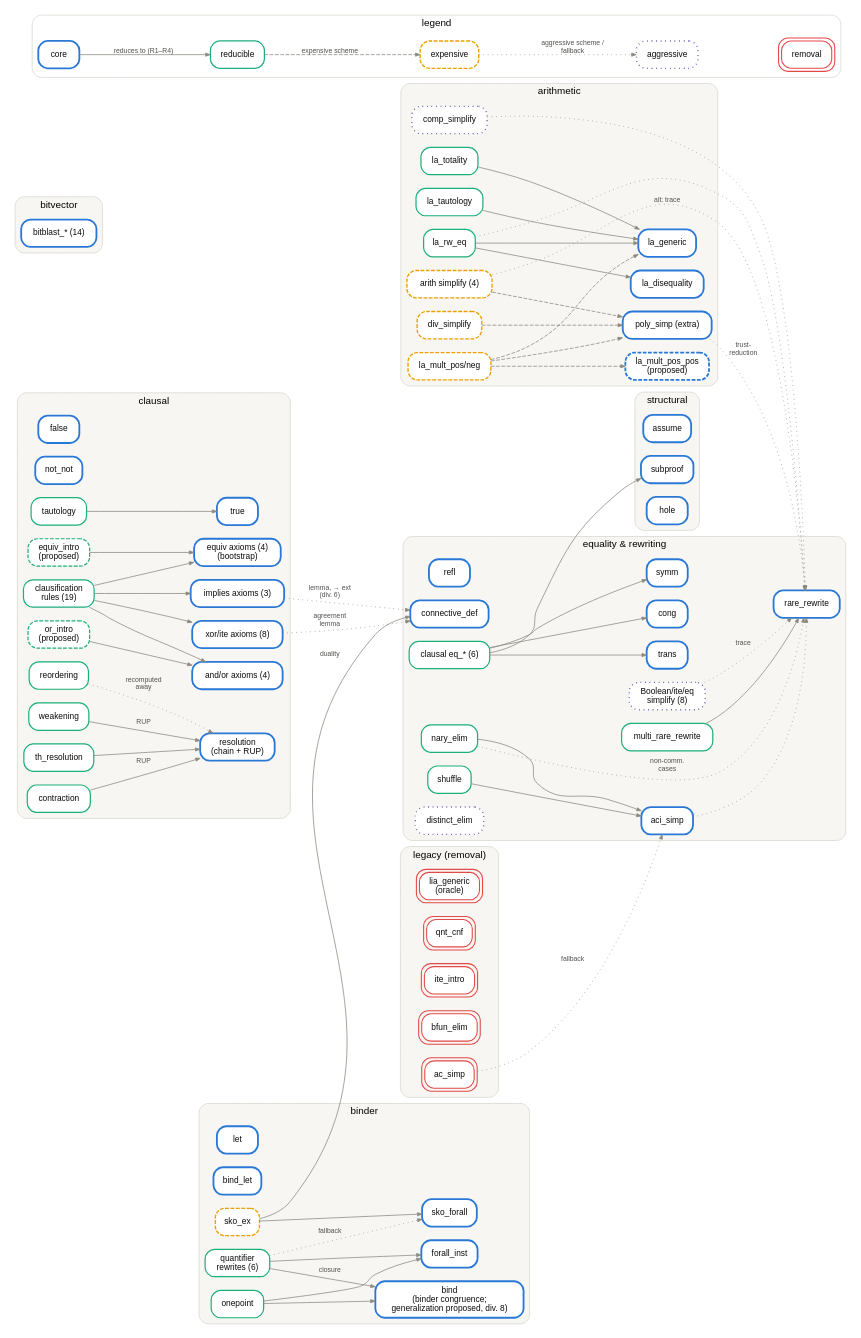
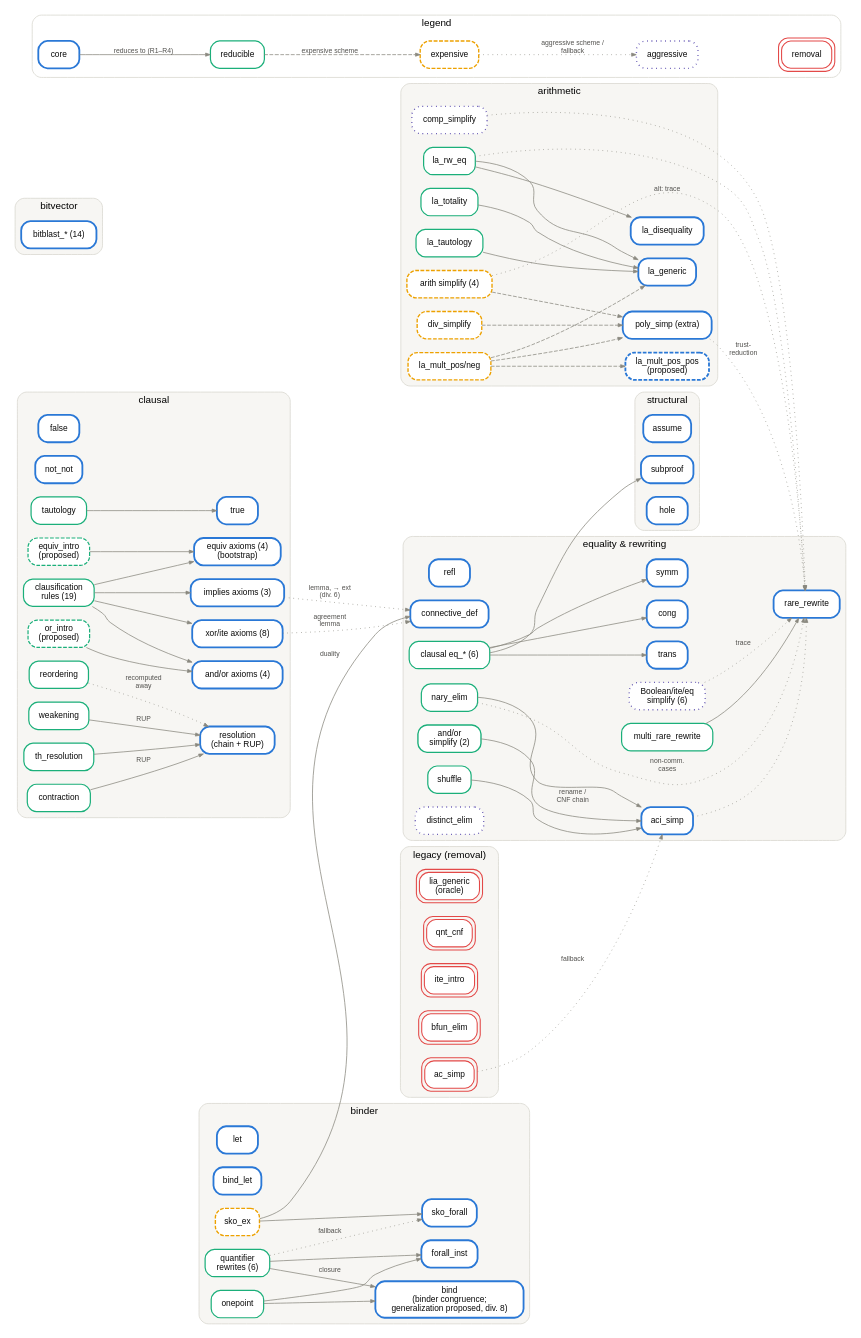
One commit to HanielB/carcara changed the diagram in docs/src/core/reduction-graph.dot. Above: the diagram before and after it, drawn with Graphviz. The commit also changed 5 other files, not shown here.

```diff
--- a/docs/src/core/reduction-graph.dot
+++ b/docs/src/core/reduction-graph.dot
@@ -71,7 +71,8 @@
     multi_rare_rewrite [URL="classification.html#ex-multi-rare-rewrite", target="_self", tooltip="Γ ▷ t ≈ u\nby several RARE rules applied at given positions", color="#1baf7a", penwidth=1.6];
     shuffle   [URL="classification.html#equality-and-rewriting", target="_self", tooltip="Γ ▷ ∘(t1 … tn) ≈ ∘(u1 … un)\nequal multisets {t̄} = {ū},  ∘ ∈ {+, *, ∧, ∨}", color="#1baf7a", penwidth=1.6];
     nary_elim [URL="classification.html#ex-nary-elim", target="_self", tooltip="Γ ▷ ∘(t1 … tn) ≈ its binary nesting", color="#1baf7a", penwidth=1.6];
-    bool_simp [URL="classification.html#equality-and-rewriting", target="_self", tooltip="Γ ▷ φ ≈ ψ\nψ a fixpoint of the rule's rewrite system\n(and/or/not/implies/equiv/bool/ite/eq_simplify)", label="Boolean/ite/eq\nsimplify (8)", color="#4a3aa7", penwidth=1.8,
+    andor_simp [URL="classification.html#equality-and-rewriting", target="_self", tooltip="Γ ▷ φ ≈ ψ\naci-compatible instances are aci_simp renames;\nshort-circuits are constant-size CNF-axiom chains", label="and/or\nsimplify (2)", color="#1baf7a", penwidth=1.8, style="rounded,filled"];
+    bool_simp [URL="classification.html#equality-and-rewriting", target="_self", tooltip="Γ ▷ φ ≈ ψ\nψ a fixpoint of the rule's rewrite system\n(not/implies/equiv/bool/ite/eq_simplify)", label="Boolean/ite/eq\nsimplify (6)", color="#4a3aa7", penwidth=1.8,
                style="rounded,filled,dotted"];
     aci_simp  [URL="classification.html#equality-and-rewriting", target="_self", tooltip="▷ t1 ≈ t2\nequivalent modulo associativity, commutativity,\nidentity elements and idempotence\n(computational primitive)", color="#2a78d6", penwidth=2.4];
     distinct_elim [URL="classification.html#equality-and-rewriting", target="_self", tooltip="▷ distinct(t1 … tn) ≈ pairwise disequalities\nBool, 2 args:  ≈ ¬(φ ≈ ψ);  Bool, ≥3 args:  ≈ ⊥", color="#4a3aa7", penwidth=1.8, style="rounded,filled,dotted"];
@@ -142,6 +143,7 @@
 
   // ---- aggressive edges (dotted: trace/program/trust-reduction) ----
   bool_simp -> rare_rewrite [style=dotted, label="trace"];
+  andor_simp -> aci_simp [label="rename /\nCNF chain"];
   aci_simp -> rare_rewrite [style=dotted];
   comp_simplify -> rare_rewrite [style=dotted];
   poly_simp -> rare_rewrite [style=dotted, label="trust-\nreduction"];
```
